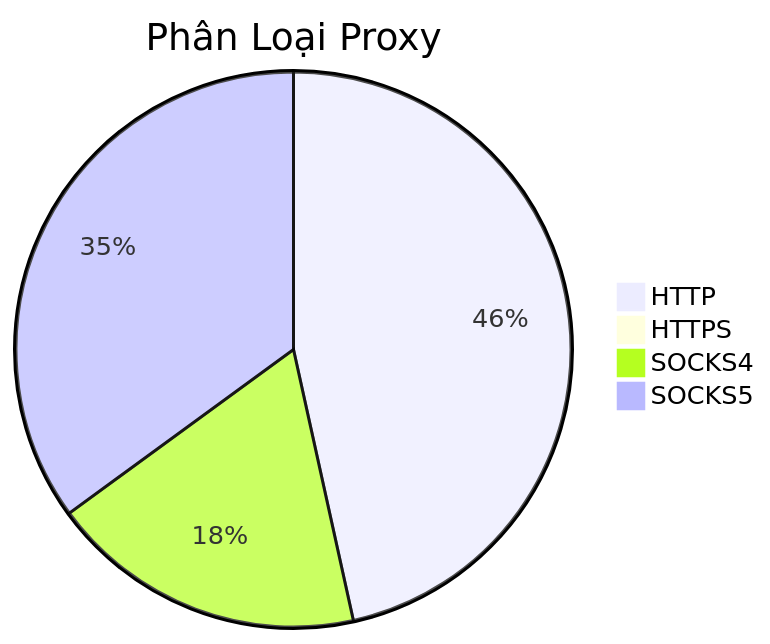
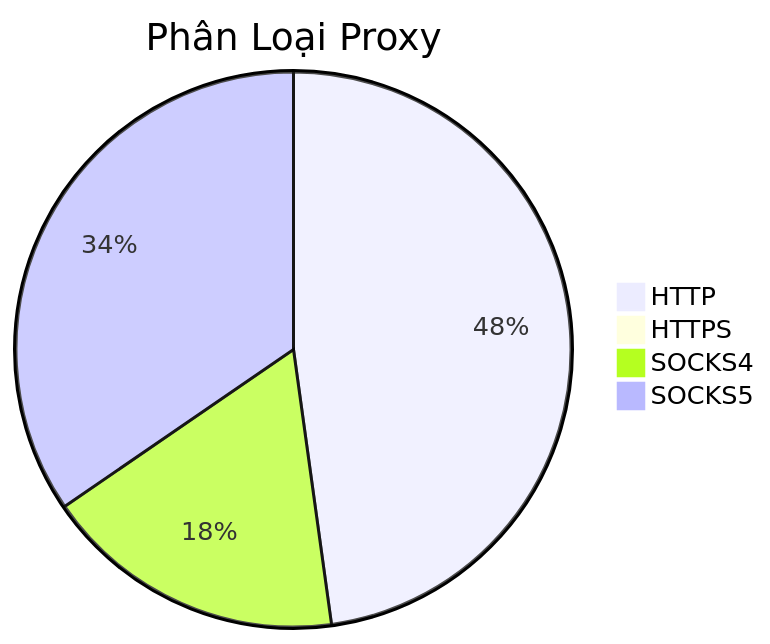
The diagram in README.md (Ciara-12/PROXY-free), drawn with Mermaid before and after one commit. The commit also changed other lines of this file and 4 other files, not shown here.

````diff
--- a/README.md
+++ b/README.md
@@ -26,7 +26,7 @@
 ```mermaid
 pie title Phân Loại Proxy
-    "HTTP" : 437
-    "HTTPS" : 2
-    "SOCKS4" : 173
-    "SOCKS5" : 329
+    "HTTP" : 426
+    "HTTPS" : 3
+    "SOCKS4" : 157
+    "SOCKS5" : 308
 ```
````
